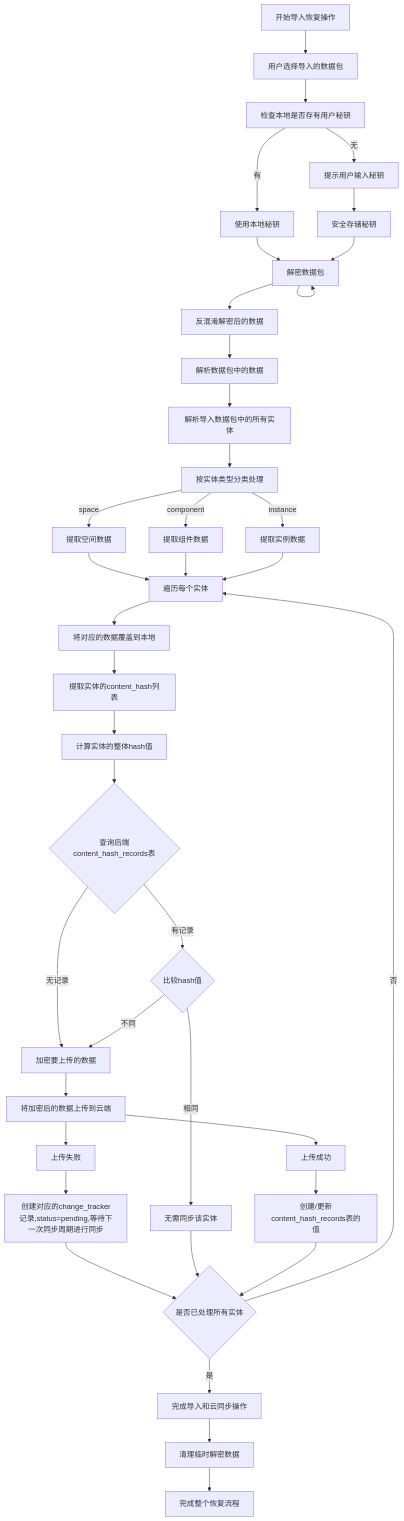
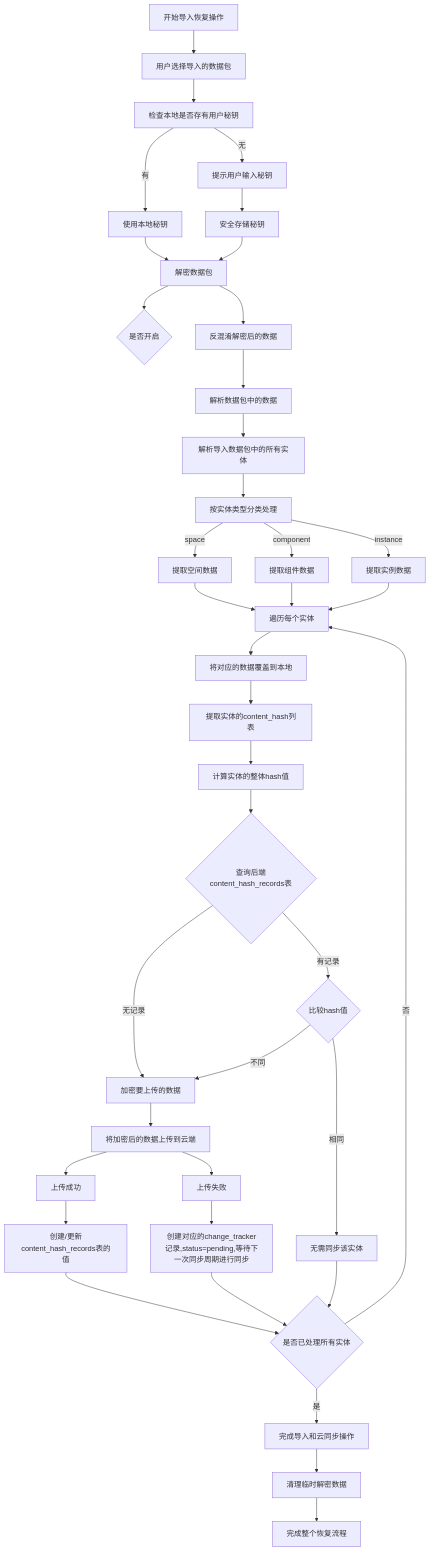
Before and after one commit to yingjianzh/iodraw-files: the diagram in all/未命名-47.md, drawn with Mermaid.

Commit message:
2025-04-29 14:35:11 update

````diff
--- a/all/未命名-47.md
+++ b/all/未命名-47.md
@@ -1,60 +1,60 @@
 ```mermaid
 
 flowchart TD
     A[开始导入恢复操作] --> B[用户选择导入的数据包]
     B --> B1[检查本地是否存有用户秘钥]
     
     B1 -->|有| B3[使用本地秘钥]
     B1 -->|无| B4[提示用户输入秘钥]
 
     B4 --> B8[安全存储秘钥]
     B3 --> B10[解密数据包]
     B8 --> B10
 
-    B10 --> 
+    B10 --> Check{是否开启}
     
     B10 --> B11[反混淆解密后的数据]
     B11 --> C[解析数据包中的数据]
     
     C --> D[解析导入数据包中的所有实体]
     D --> G[按实体类型分类处理]
     
     G -->|space| H1[提取空间数据]
     G -->|component| H2[提取组件数据]
     G -->|instance| H3[提取实例数据]
     
     H1 --> I[遍历每个实体]
     H2 --> I
     H3 --> I
     
     I --> Save[将对应的数据覆盖到本地]
     Save --> J[提取实体的content_hash列表]
     J --> K[计算实体的整体hash值]
     
     K --> L{查询后端content_hash_records表}
     L -->|无记录| M1[加密要上传的数据]
     M1 --> M1a[将加密后的数据上传到云端]
     M1a --> N1[上传成功]
     M1a --> N2[上传失败]
     
     N2 --> N3[创建对应的change_tracker记录,status=pending,等待下一次同步周期进行同步]
     N3 --> S
     N1 --> M4[创建/更新content_hash_records表的值]
 
 
     L -->|有记录| M2{比较hash值}
     M2 -->|不同| M1
 
     M2 -->|相同| M3[无需同步该实体]
     
     
     M3 --> S{是否已处理所有实体}
     M4 --> S{是否已处理所有实体}
     
     S -->|否| I
     S -->|是| T[完成导入和云同步操作]
     
     T --> U[清理临时解密数据]
     U --> V[完成整个恢复流程]
 
 ```
````
